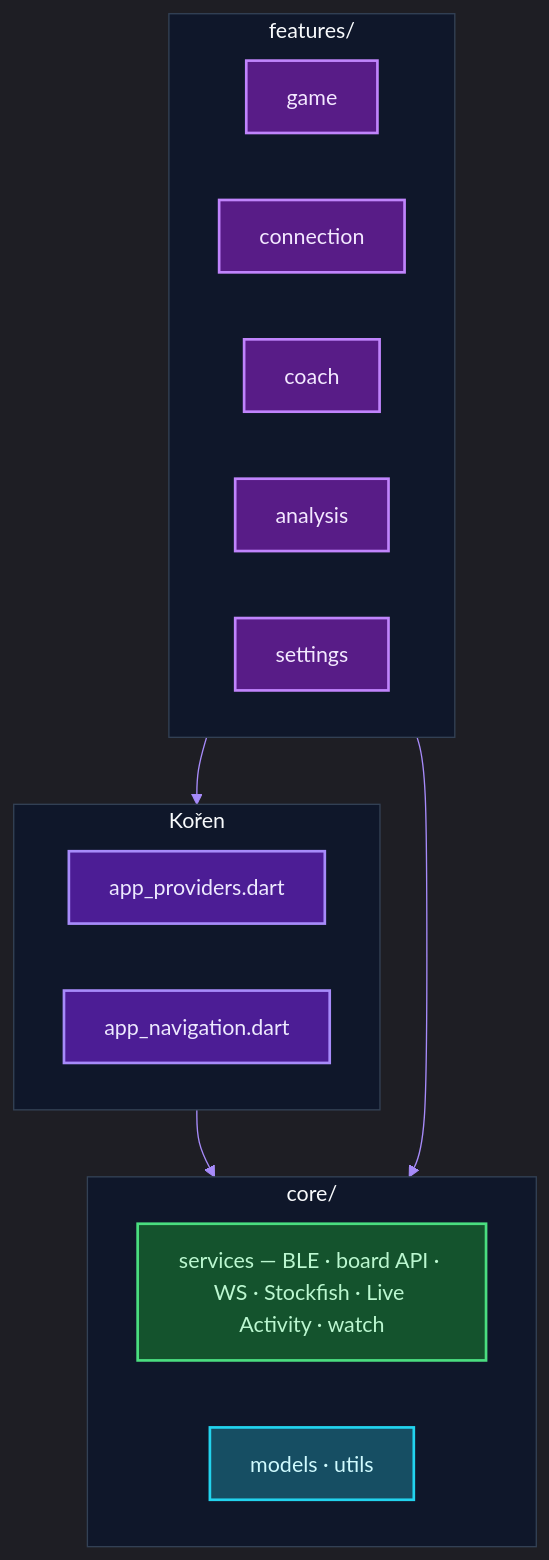
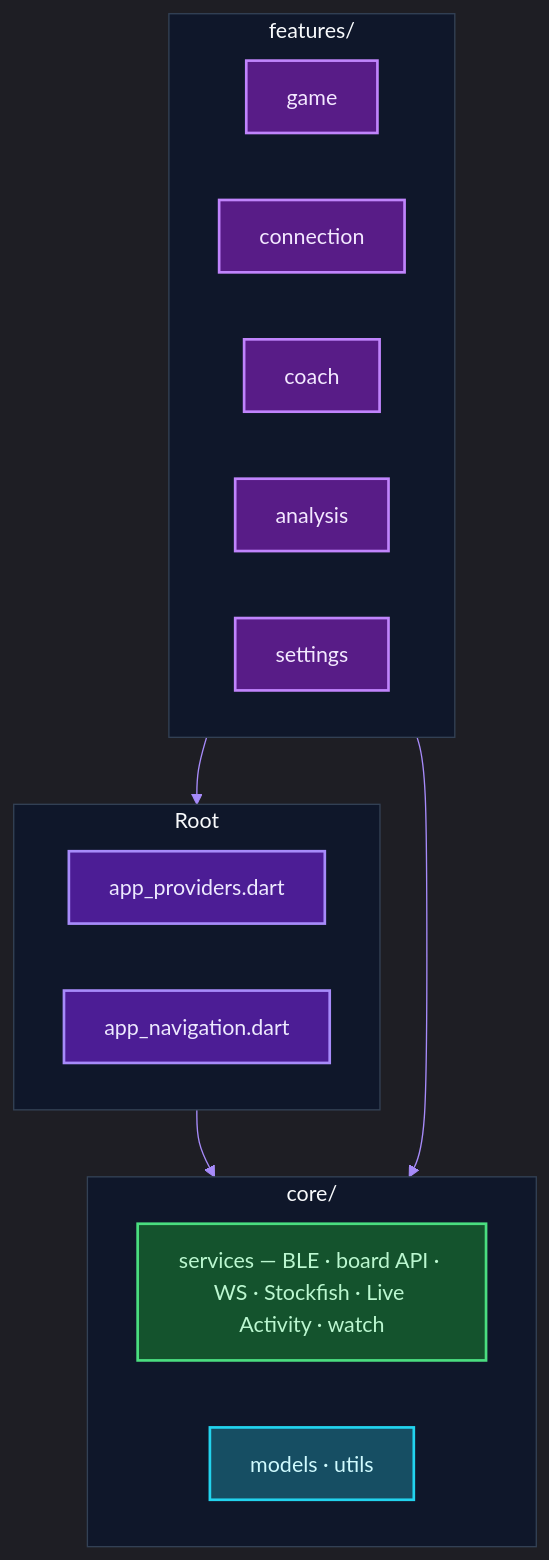
Before and after one commit to AlfredKrutina/chess_esp32_c6_devkit: the diagram in docs/diagrams/sources/flutter_app_structure.mmd, drawn with Mermaid. The commit also changed 372 other files, not shown here.

```diff
--- a/docs/diagrams/sources/flutter_app_structure.mmd
+++ b/docs/diagrams/sources/flutter_app_structure.mmd
@@ -1,29 +1,29 @@
-%% flutter_czechmate/lib — hlavní obrazovky a služby (zjednodušený přehled)
+%% flutter_czechmate/lib — main screens and services (simplified overview)
 %%{init: {'theme':'dark','themeVariables':{'fontFamily':'system-ui,sans-serif','clusterBkg':'#0f172a','clusterBorder':'#334155','lineColor':'#a78bfa','primaryTextColor':'#f1f5f9','edgeLabelBackground':'#1e293b','titleColor':'#f8fafc'}}}%%
 flowchart TB
   subgraph FEAT["features/"]
     G[game]:::f
     C[connection]:::f
     CH[coach]:::f
     AN[analysis]:::f
     ST[settings]:::f
   end
 
   subgraph CORE["core/"]
     SV[services — BLE · board API · WS · Stockfish · Live Activity · watch]:::s
     MD[models · utils]:::m
   end
 
-  subgraph NAV["Kořen"]
+  subgraph NAV["Root"]
     AP[app_providers.dart]:::n
     RT[app_navigation.dart]:::n
   end
 
   FEAT --> NAV
   NAV --> CORE
   FEAT --> CORE
 
   classDef f fill:#581c87,stroke:#c084fc,stroke-width:2px,color:#f3e8ff
   classDef s fill:#14532d,stroke:#4ade80,stroke-width:2px,color:#bbf7d0
   classDef m fill:#164e63,stroke:#22d3ee,stroke-width:2px,color:#cffafe
   classDef n fill:#4c1d95,stroke:#a78bfa,stroke-width:2px,color:#ede9fe
```
